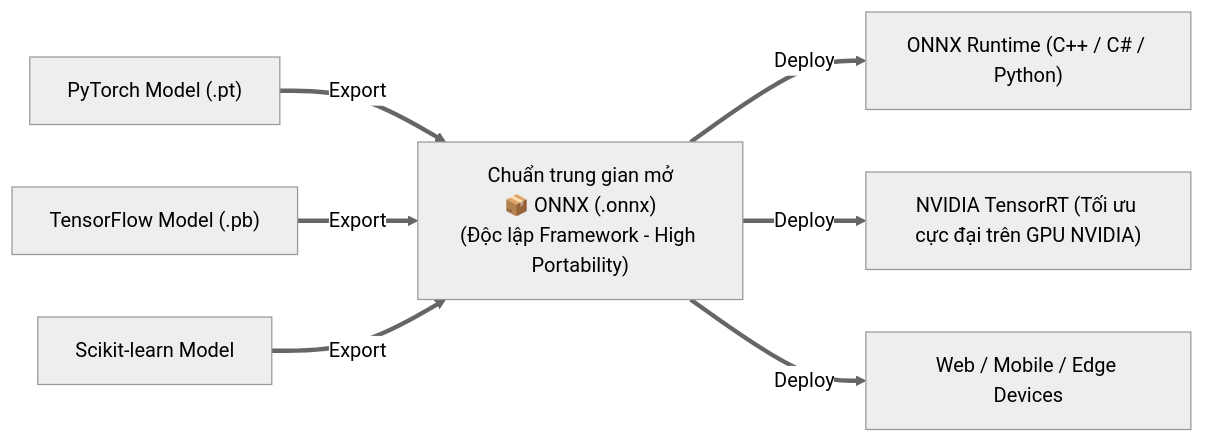
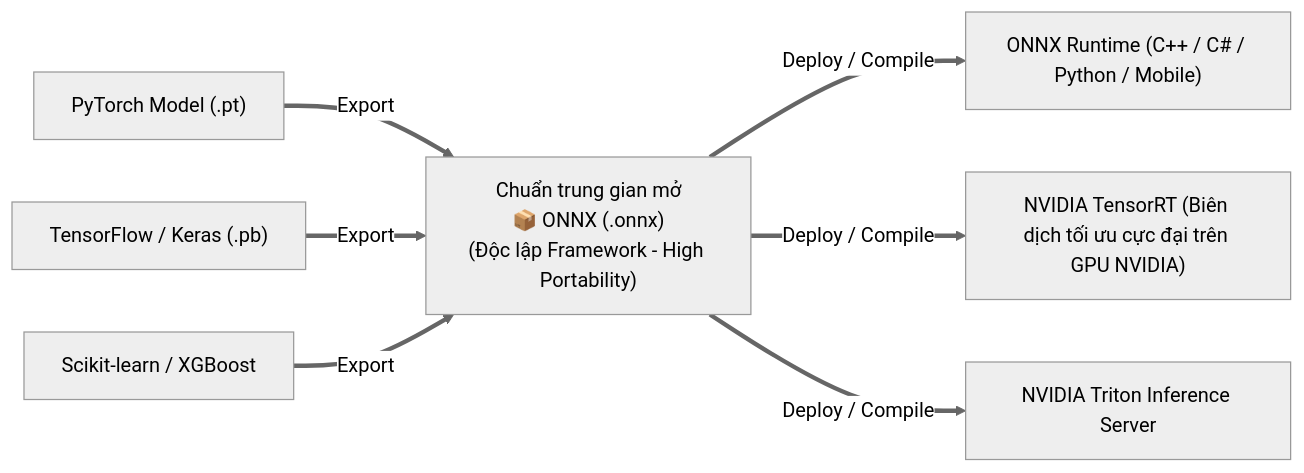
One commit to nxthanh2904/nca-genl changed the fourth of 5 diagrams in Module_07_Model_Training_and_Lifecycle.md. Above: the diagram before and after it, drawn with Mermaid (neutral theme). The commit also changed other lines of this file and 11 other files, not shown here.

````diff
--- a/Module_07_Model_Training_and_Lifecycle.md
+++ b/Module_07_Model_Training_and_Lifecycle.md
@@ -122,14 +153,14 @@
 ```mermaid
 flowchart LR
     F1["PyTorch Model (.pt)"]
-    F2["TensorFlow Model (.pb)"]
-    F3["Scikit-learn Model"]
+    F2["TensorFlow / Keras (.pb)"]
+    F3["Scikit-learn / XGBoost"]
     
     ONNX["Chuẩn trung gian mở<br/>📦 ONNX (.onnx)<br/>(Độc lập Framework - High Portability)"]
     
-    R1["ONNX Runtime (C++ / C# / Python)"]
-    R2["NVIDIA TensorRT (Tối ưu cực đại trên GPU NVIDIA)"]
-    R3["Web / Mobile / Edge Devices"]
+    R1["ONNX Runtime (C++ / C# / Python / Mobile)"]
+    R2["NVIDIA TensorRT (Biên dịch tối ưu cực đại trên GPU NVIDIA)"]
+    R3["NVIDIA Triton Inference Server"]
 
-    F1 & F2 & F3 ==>|"Export"| ONNX ==>|"Deploy"| R1 & R2 & R3
+    F1 & F2 & F3 ==>|"Export"| ONNX ==>|"Deploy / Compile"| R1 & R2 & R3
 ```
````
